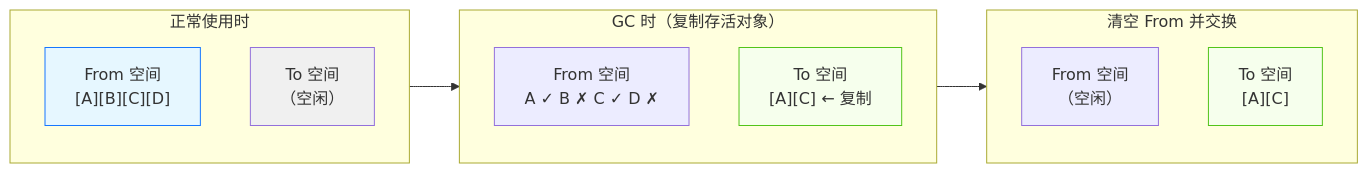
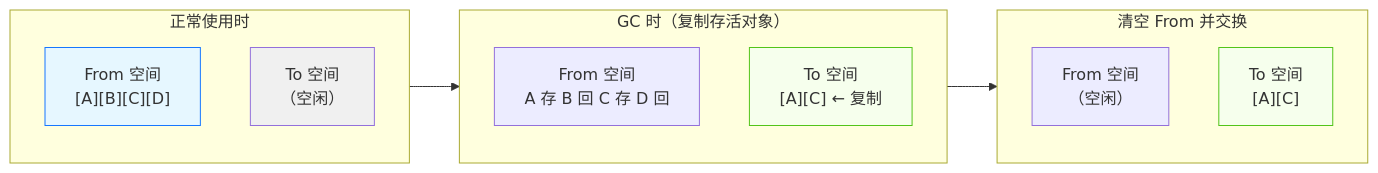
Before and after one commit to mansteinr/note-book: the ninth of 17 diagrams in JavaScript/JavaScript垃圾回收机制详解.md, drawn with Mermaid. The commit also changed other lines of this file and 1 other file, not shown here.

Commit message:
解决 mermaid 不显示的问题

````diff
--- a/JavaScript/JavaScript垃圾回收机制详解.md
+++ b/JavaScript/JavaScript垃圾回收机制详解.md
@@ -471,24 +471,24 @@
 ```mermaid
 flowchart LR
-    subgraph Normal["正常使用时"]
+    subgraph Normal [正常使用时]
         F1["From 空间<br/>[A][B][C][D]"]
         T1["To 空间<br/>（空闲）"]
     end
     
-    subgraph Copy["GC 时（复制存活对象）"]
-        F2["From 空间<br/>A ✓ B ✗ C ✓ D ✗"]
+    subgraph Copy [GC 时（复制存活对象）]
+        F2["From 空间<br/>A 存 B 回 C 存 D 回"]
         T2["To 空间<br/>[A][C] ← 复制"]
     end
     
-    subgraph Swap["清空 From 并交换"]
+    subgraph Swap [清空 From 并交换]
         F3["From 空间<br/>（空闲）"]
         T3["To 空间<br/>[A][C]"]
     end
     
     Normal --> Copy --> Swap
     
     style F1 fill:#e6f7ff,stroke:#1677ff
     style T1 fill:#f0f0f0
     style T2 fill:#f6ffed,stroke:#52c41a
     style T3 fill:#f6ffed,stroke:#52c41a
 ```
````
